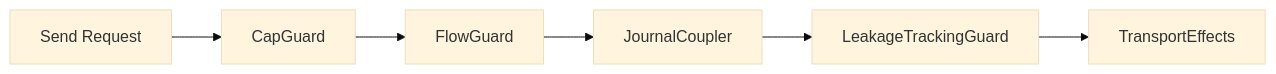
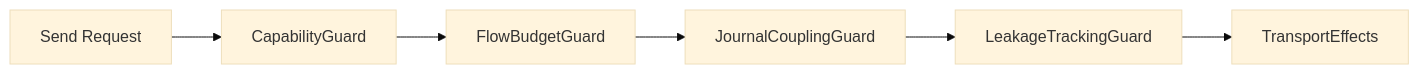
Before and after one commit to hxrts/aura: the diagram in docs/001_system_architecture.md, drawn with Mermaid (base theme). The commit also changed other lines of this file and 1 other file, not shown here.

First line of the commit message:
docs: fix system architecture accuracy issues

````diff
--- a/docs/001_system_architecture.md
+++ b/docs/001_system_architecture.md
@@ -51,8 +51,8 @@
 ```mermaid
 flowchart LR
-    A[Send Request] --> B[CapGuard]
-    B --> C[FlowGuard]
-    C --> D[JournalCoupler]
+    A[Send Request] --> B[CapabilityGuard]
+    B --> C[FlowBudgetGuard]
+    C --> D[JournalCouplingGuard]
     D --> E[LeakageTrackingGuard]
     E --> F[TransportEffects]
 ```
````
